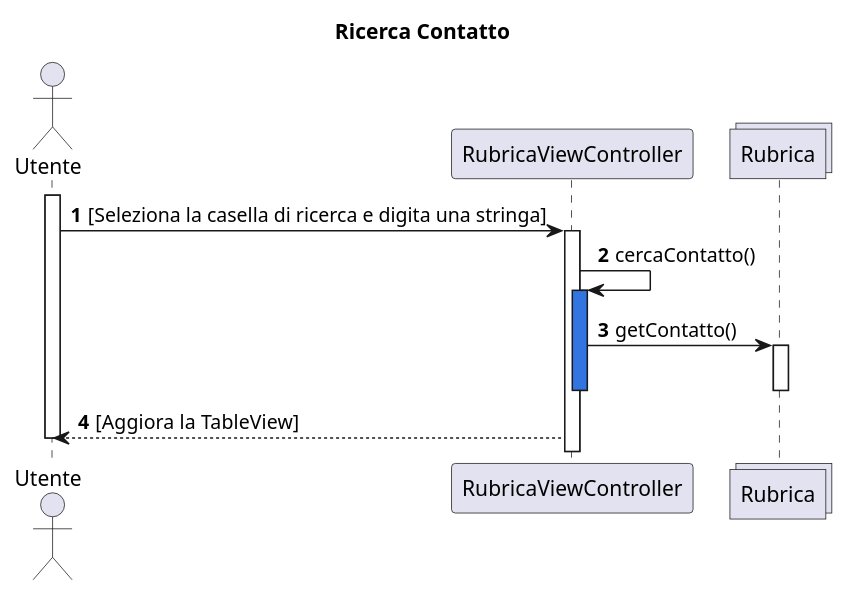
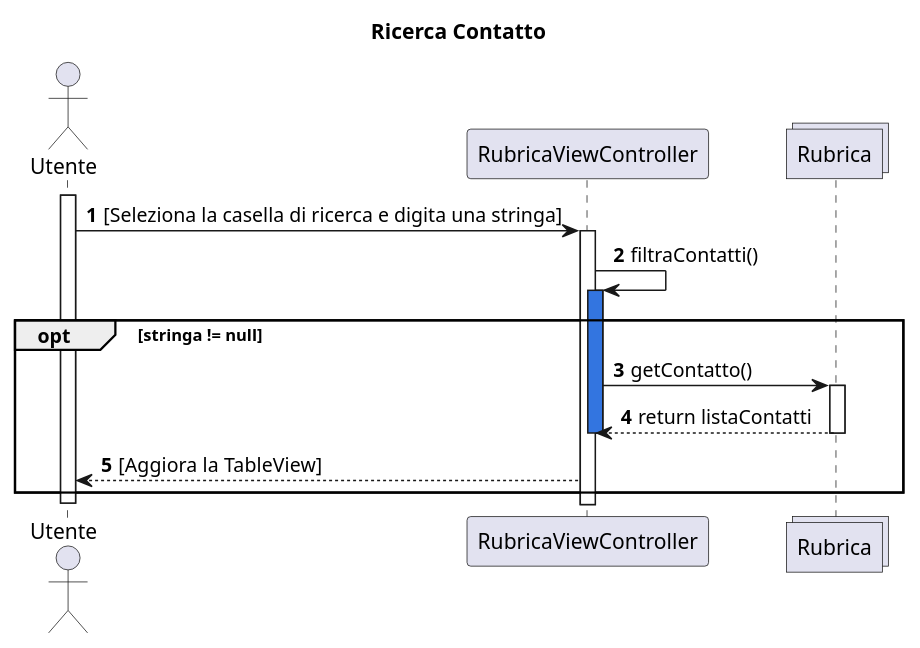
The diagram in docs/bozze/Diagrammi/Sequenza3/RicercaContatto.puml (emanueletocci/uni-swe-project), drawn with PlantUML before and after one commit.

```diff
--- a/docs/bozze/Diagrammi/Sequenza3/RicercaContatto.puml
+++ b/docs/bozze/Diagrammi/Sequenza3/RicercaContatto.puml
@@ -1,20 +1,23 @@
 @startuml
     title Ricerca Contatto
     autonumber
     actor Utente
     participant RubricaViewController
     collections Rubrica
 
     activate Utente
     Utente -> RubricaViewController: [Seleziona la casella di ricerca e digita una stringa]
     activate RubricaViewController
 
-    RubricaViewController -> RubricaViewController: cercaContatto()
+    RubricaViewController -> RubricaViewController: filtraContatti()
     activate RubricaViewController #3375E0
+    opt stringa != null
     RubricaViewController -> Rubrica : getContatto()
     activate Rubrica
+    Rubrica --> RubricaViewController : return listaContatti
     deactivate RubricaViewController
     deactivate Rubrica
     RubricaViewController --> Utente: [Aggiora la TableView]
+end
     deactivate Utente
 @enduml
```
